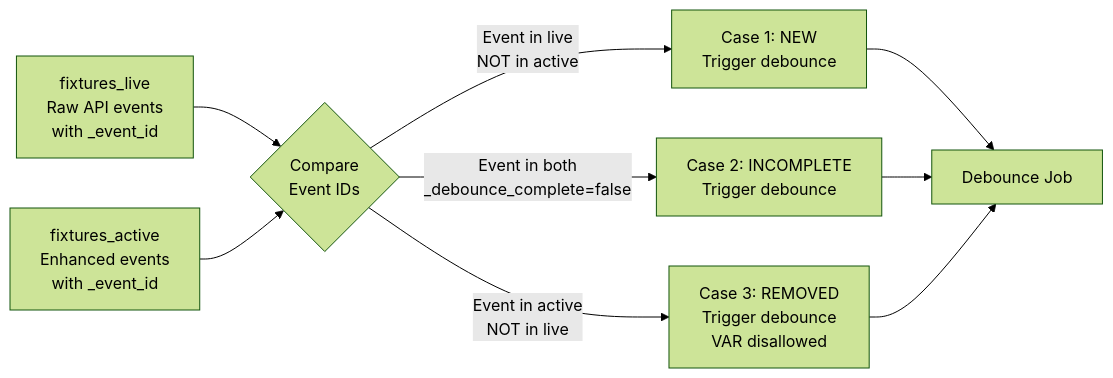
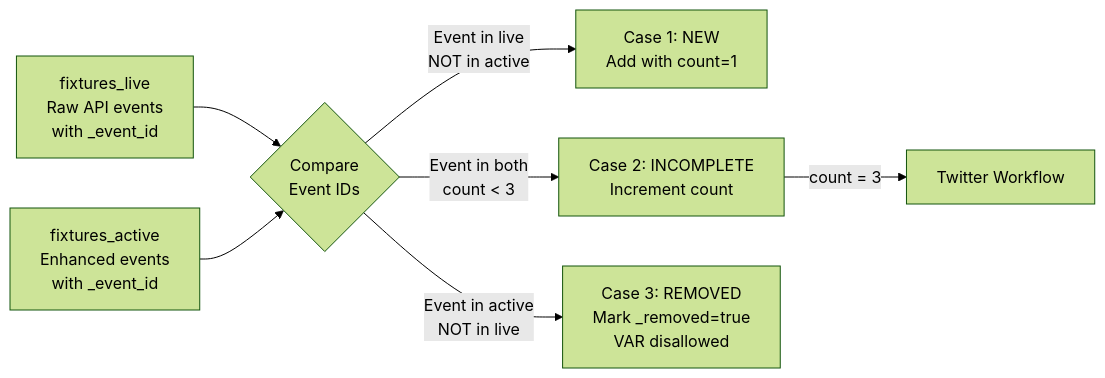
One commit to vedantadhobley/found-footy changed the second of 4 diagrams in ARCHITECTURE.md. Above: the diagram before and after it, drawn with Mermaid (forest theme). The commit also changed other lines of this file and 19 other files, not shown here.

````diff
--- a/ARCHITECTURE.md
+++ b/ARCHITECTURE.md
@@ -53,13 +53,11 @@
 ```mermaid
 flowchart LR
     Live[fixtures_live<br/>Raw API events<br/>with _event_id] --> Compare{Compare<br/>Event IDs}
     Active[fixtures_active<br/>Enhanced events<br/>with _event_id] --> Compare
     
-    Compare -->|Event in live<br/>NOT in active| Case1[Case 1: NEW<br/>Trigger debounce]
-    Compare -->|Event in both<br/>_debounce_complete=false| Case2[Case 2: INCOMPLETE<br/>Trigger debounce]
-    Compare -->|Event in active<br/>NOT in live| Case3[Case 3: REMOVED<br/>Trigger debounce<br/>VAR disallowed]
+    Compare -->|Event in live<br/>NOT in active| Case1[Case 1: NEW<br/>Add with count=1]
+    Compare -->|Event in both<br/>count < 3| Case2[Case 2: INCOMPLETE<br/>Increment count]
+    Compare -->|Event in active<br/>NOT in live| Case3[Case 3: REMOVED<br/>Mark _removed=true<br/>VAR disallowed]
     
-    Case1 --> Debounce[Debounce Job]
-    Case2 --> Debounce
-    Case3 --> Debounce
+    Case2 -->|count = 3| Twitter[Twitter Workflow]
 ```
````
